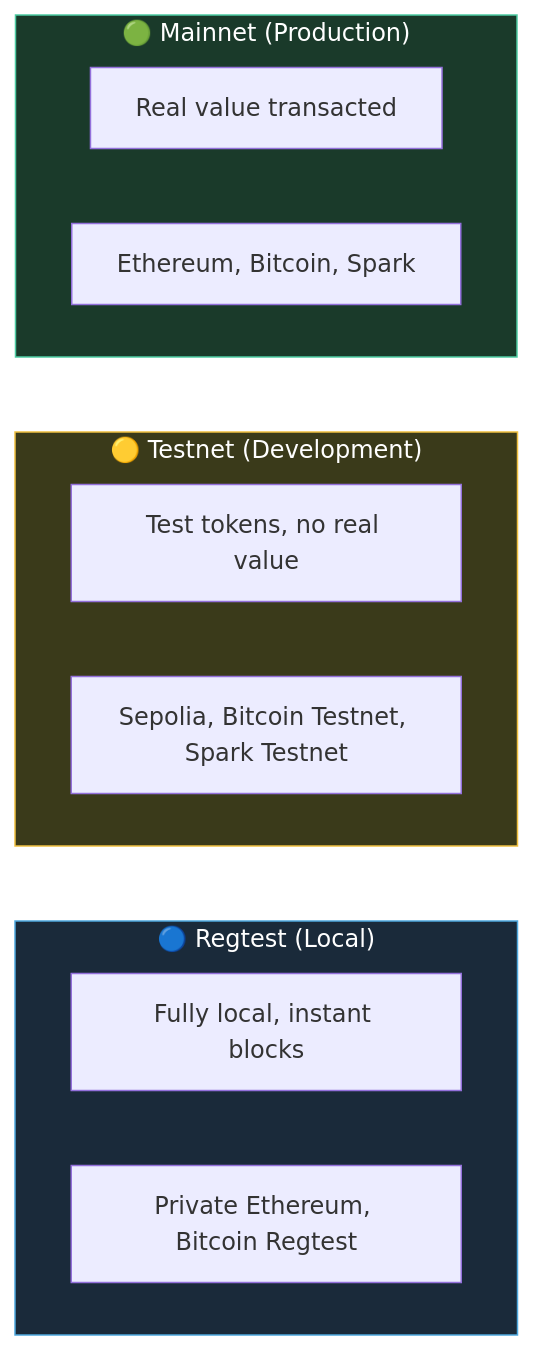
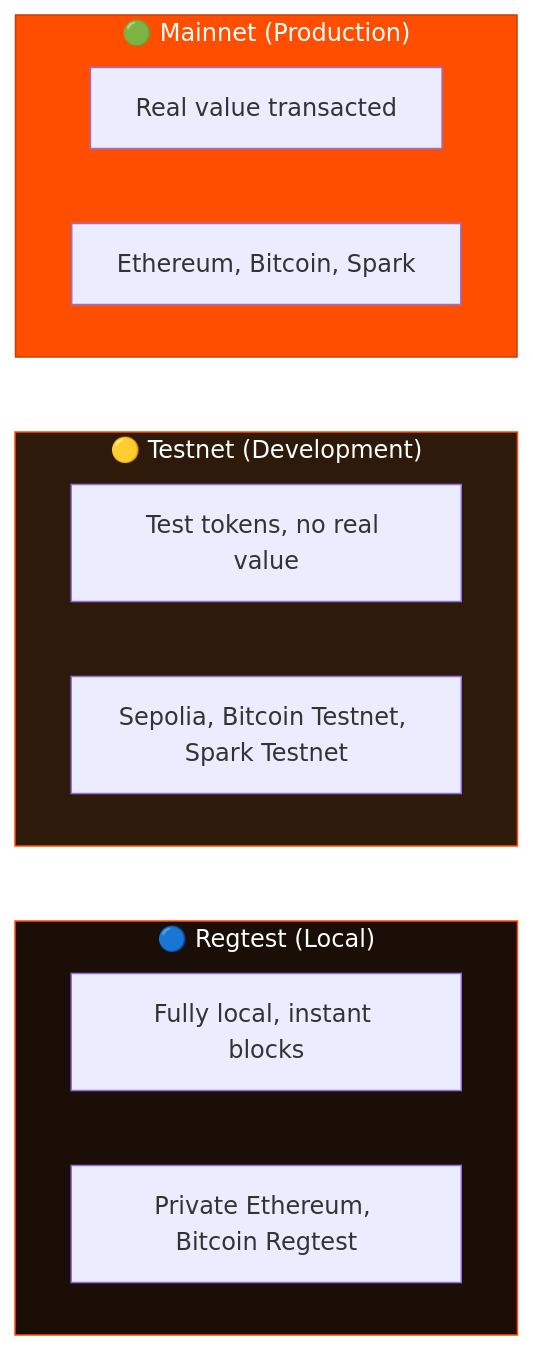
The fifth of 5 diagrams in resources/concepts.md (gatteo/wdk-docs), drawn with Mermaid before and after one commit. The commit also changed other lines of this file and 21 other files, not shown here.

Commit message:
docs: update all mermaid diagrams to WDK branding colors (#FF4E00 orange, #080201 dark)

````diff
--- a/resources/concepts.md
+++ b/resources/concepts.md
@@ -252,24 +252,24 @@
 ```mermaid
 graph TD
     subgraph Mainnet["🟢 Mainnet (Production)"]
         M1["Real value transacted"]
         M2["Ethereum, Bitcoin, Spark"]
     end
 
     subgraph Testnet["🟡 Testnet (Development)"]
         T1["Test tokens, no real value"]
         T2["Sepolia, Bitcoin Testnet, Spark Testnet"]
     end
 
     subgraph Regtest["🔵 Regtest (Local)"]
         R1["Fully local, instant blocks"]
         R2["Private Ethereum, Bitcoin Regtest"]
     end
 
     Mainnet ~~~ Testnet
     Testnet ~~~ Regtest
 
-    style Mainnet fill:#1a3a2a,stroke:#4ecca3,color:#fff
-    style Testnet fill:#3a3a1a,stroke:#f0c040,color:#fff
-    style Regtest fill:#1a2a3a,stroke:#4ea8de,color:#fff
+    style Mainnet fill:#FF4E00,stroke:#cc3e00,color:#fff
+    style Testnet fill:#2d1a0a,stroke:#FF4E00,color:#fff
+    style Regtest fill:#1a0e06,stroke:#FF4E00,color:#fff
 ```
````
